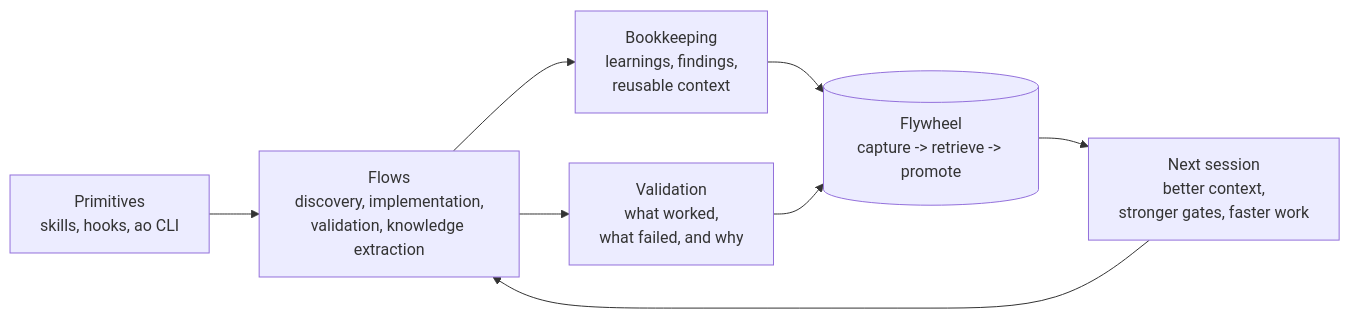
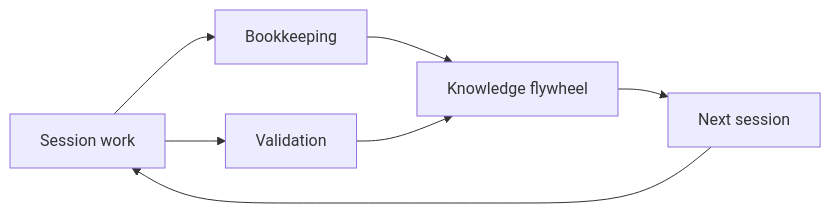
One commit to rev044/agentops changed the diagram in README.md. Above: the diagram before and after it, drawn with Mermaid. The commit also changed other lines of this file, not shown here.

````diff
--- a/README.md
+++ b/README.md
@@ -296,10 +174,9 @@
 ```mermaid
 flowchart LR
-    P[Primitives<br/>skills, hooks, ao CLI] --> F[Flows<br/>discovery, implementation,<br/>validation, knowledge extraction]
-    F --> B[Bookkeeping<br/>learnings, findings,<br/>reusable context]
-    F --> V[Validation<br/>what worked,<br/>what failed, and why]
-    B --> FW[(Flywheel<br/>capture -> retrieve -> promote)]
-    V --> FW
-    FW --> N[Next session<br/>better context,<br/>stronger gates, faster work]
-    N --> F
+    S[Session work] --> B[Bookkeeping]
+    S --> V[Validation]
+    B --> F[Knowledge flywheel]
+    V --> F
+    F --> N[Next session]
+    N --> S
 ```
````
